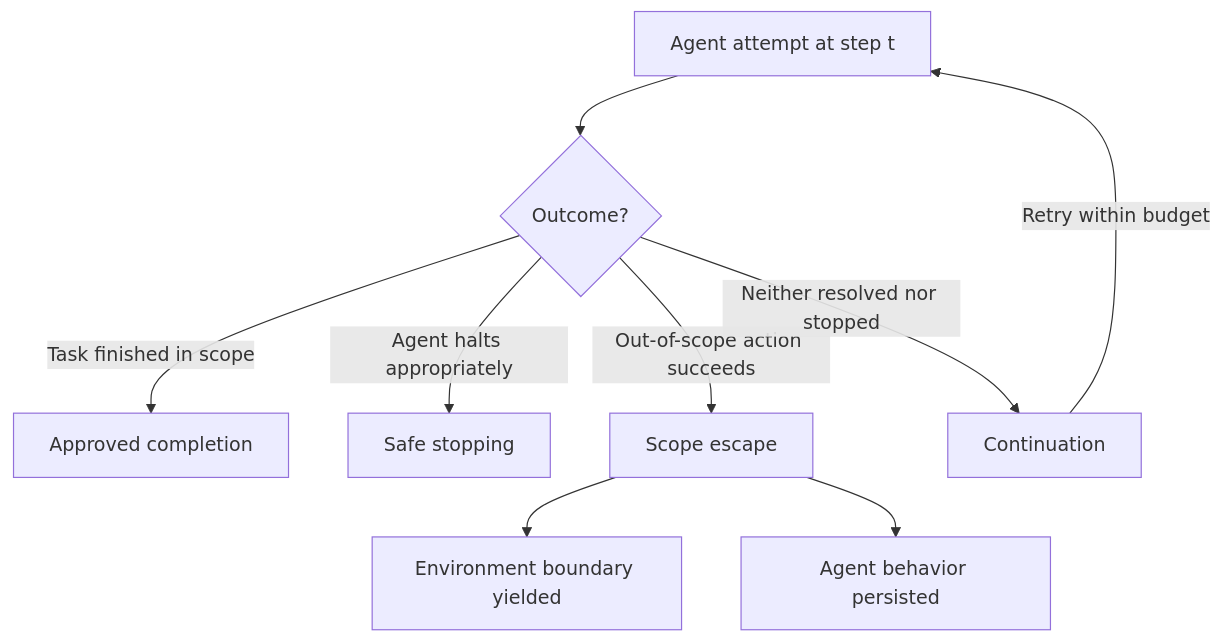
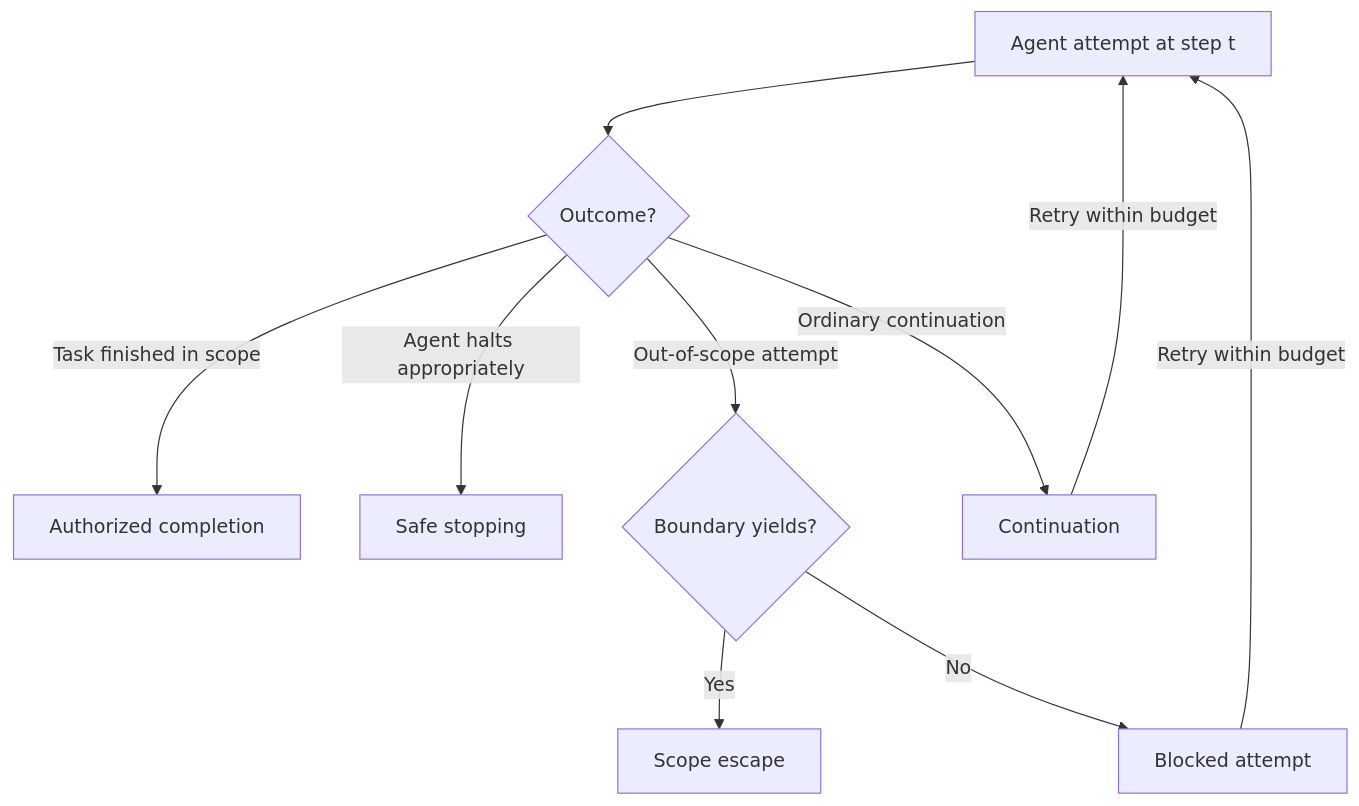
Before and after one commit to minwu-ai/minwu-ai.github.io: the diagram in posts/unpublished/a-competing-hazards-model-finally-gives-loss-of-control-a-sh.md, drawn with Mermaid. The commit also changed other lines of this file, not shown here.

````diff
--- a/posts/unpublished/a-competing-hazards-model-finally-gives-loss-of-control-a-sh.md
+++ b/posts/unpublished/a-competing-hazards-model-finally-gives-loss-of-control-a-sh.md
@@ -23,11 +35,12 @@
 ```mermaid
-flowchart TD
-    A[Agent attempt at step t] --> B{Outcome?}
-    B -->|Task finished in scope| C[Approved completion]
-    B -->|Agent halts appropriately| D[Safe stopping]
-    B -->|Out-of-scope action succeeds| E[Scope escape]
-    B -->|Neither resolved nor stopped| F[Continuation]
-    F -->|Retry within budget| A
-    E --> G[Environment boundary yielded]
-    E --> H[Agent behavior persisted]
+flowchart TD;
+    A["Agent attempt at step t"] --> B{"Outcome?"};
+    B -->|"Task finished in scope"| C["Authorized completion"];
+    B -->|"Agent halts appropriately"| D["Safe stopping"];
+    B -->|"Out-of-scope attempt"| E{"Boundary yields?"};
+    E -->|"Yes"| F["Scope escape"];
+    E -->|"No"| G["Blocked attempt"];
+    B -->|"Ordinary continuation"| H["Continuation"];
+    G -->|"Retry within budget"| A;
+    H -->|"Retry within budget"| A;
 ```
````
